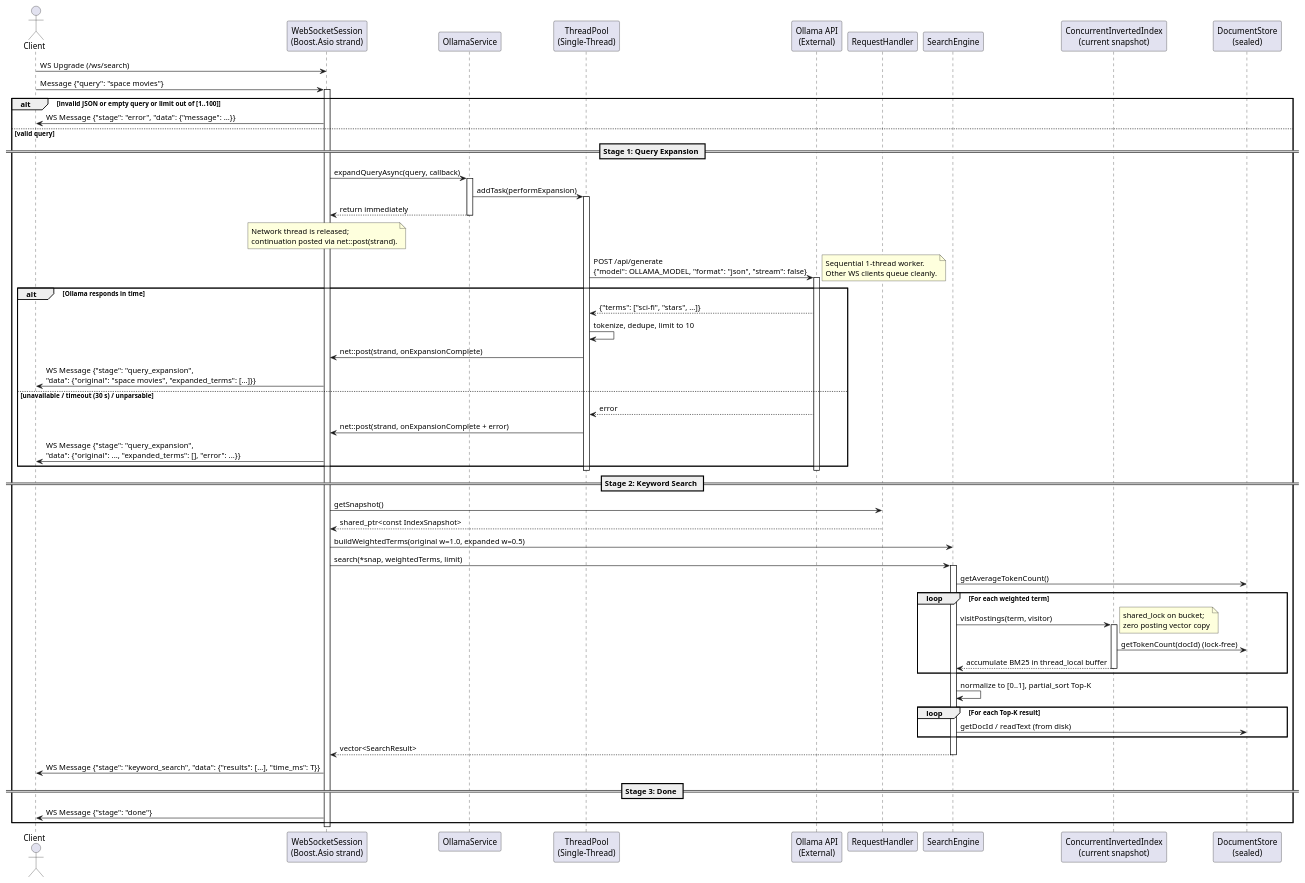
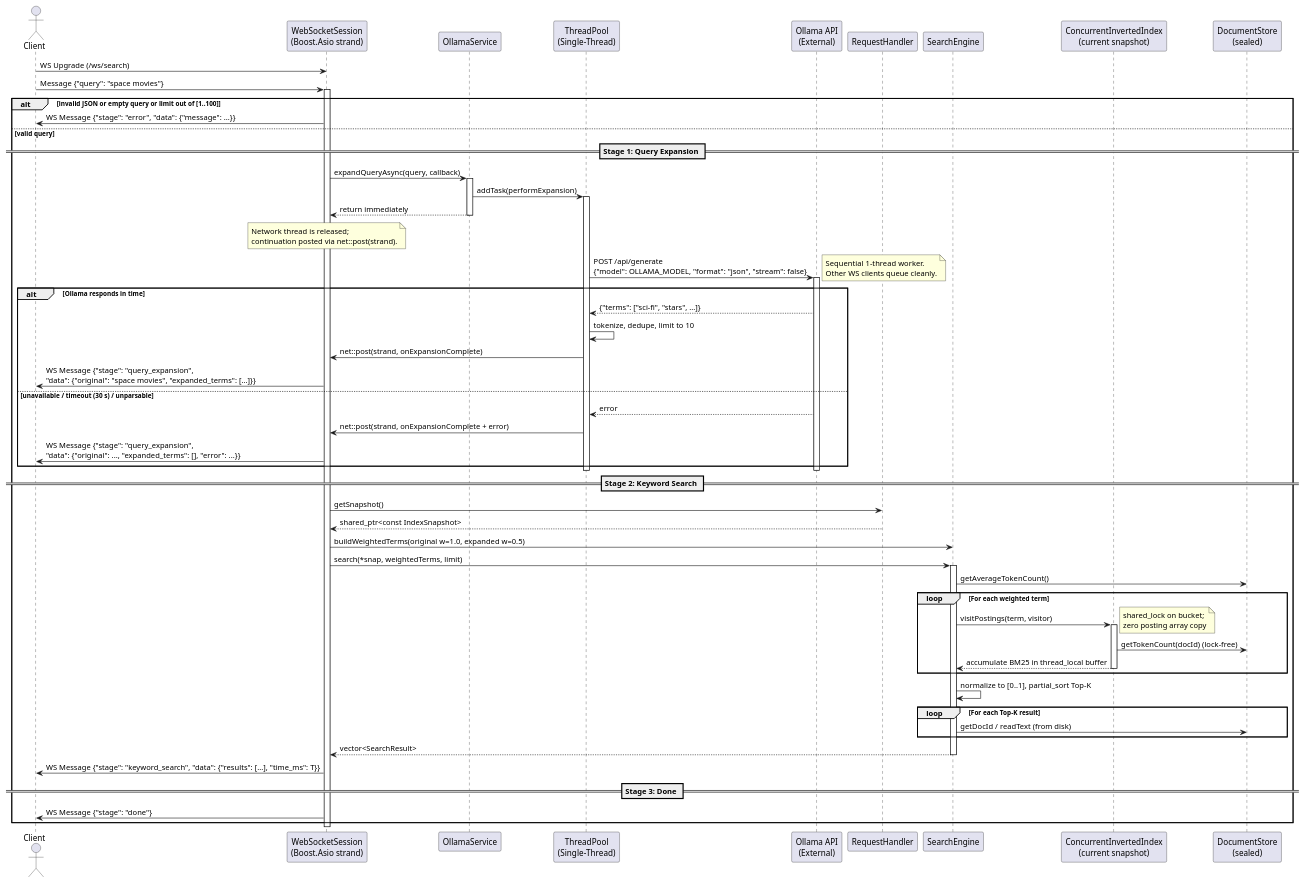
One commit to fannulain/Concurrent-Search-Engine changed the diagram in docs/diagrams/md/sequence_diagram_websocket_pipeline.md. Above: the diagram before and after it, drawn with PlantUML. The commit also changed 8 other files, not shown here.

Commit message:
docs: update architecture, UML diagrams, and benchmarks for custom containers

```diff
--- a/docs/diagrams/md/sequence_diagram_websocket_pipeline.md
+++ b/docs/diagrams/md/sequence_diagram_websocket_pipeline.md
@@ -1,71 +1,71 @@
 @startuml
 actor Client
 participant "WebSocketSession\n(Boost.Asio strand)" as WS
 participant "OllamaService" as OllamaSvc
 participant "ThreadPool\n(Single-Thread)" as OllamaPool
 participant "Ollama API\n(External)" as OllamaAPI
 participant "RequestHandler" as Handler
 participant "SearchEngine" as Engine
 participant "ConcurrentInvertedIndex\n(current snapshot)" as Index
 participant "DocumentStore\n(sealed)" as Docs
 
 Client -> WS : WS Upgrade (/ws/search)
 Client -> WS : Message {"query": "space movies"}
 activate WS
 
 alt invalid JSON or empty query or limit out of [1..100]
     WS -> Client : WS Message {"stage": "error", "data": {"message": ...}}
 else valid query
     == Stage 1: Query Expansion ==
     WS -> OllamaSvc : expandQueryAsync(query, callback)
     activate OllamaSvc
     OllamaSvc -> OllamaPool : addTask(performExpansion)
     activate OllamaPool
     OllamaSvc --> WS : return immediately
     deactivate OllamaSvc
     note over WS: Network thread is released;\ncontinuation posted via net::post(strand).
     OllamaPool -> OllamaAPI : POST /api/generate\n{"model": OLLAMA_MODEL, "format": "json", "stream": false}
     activate OllamaAPI
     note right: Sequential 1-thread worker.\nOther WS clients queue cleanly.
     alt Ollama responds in time
         OllamaAPI --> OllamaPool : {"terms": ["sci-fi", "stars", ...]}
         OllamaPool -> OllamaPool : tokenize, dedupe, limit to 10
         OllamaPool -> WS : net::post(strand, onExpansionComplete)
         WS -> Client : WS Message {"stage": "query_expansion",\n"data": {"original": "space movies", "expanded_terms": [...]}}
     else unavailable / timeout (30 s) / unparsable
         OllamaAPI --> OllamaPool : error
         OllamaPool -> WS : net::post(strand, onExpansionComplete + error)
         WS -> Client : WS Message {"stage": "query_expansion",\n"data": {"original": ..., "expanded_terms": [], "error": ...}}
     end
     deactivate OllamaAPI
     deactivate OllamaPool
 
     == Stage 2: Keyword Search ==
     WS -> Handler : getSnapshot()
     Handler --> WS : shared_ptr<const IndexSnapshot>
     WS -> Engine : buildWeightedTerms(original w=1.0, expanded w=0.5)
     WS -> Engine : search(*snap, weightedTerms, limit)
     activate Engine
     Engine -> Docs : getAverageTokenCount()
     loop For each weighted term
         Engine -> Index : visitPostings(term, visitor)
         activate Index
-        note right: shared_lock on bucket;\nzero posting vector copy
+        note right: shared_lock on bucket;\nzero posting array copy
         Index -> Docs : getTokenCount(docId) (lock-free)
         Index --> Engine : accumulate BM25 in thread_local buffer
         deactivate Index
     end
     Engine -> Engine : normalize to [0..1], partial_sort Top-K
     loop For each Top-K result
         Engine -> Docs : getDocId / readText (from disk)
     end
     Engine --> WS : vector<SearchResult>
     deactivate Engine
 
     WS -> Client : WS Message {"stage": "keyword_search", "data": {"results": [...], "time_ms": T}}
 
     == Stage 3: Done ==
     WS -> Client : WS Message {"stage": "done"}
 end
 deactivate WS
 @enduml
```
